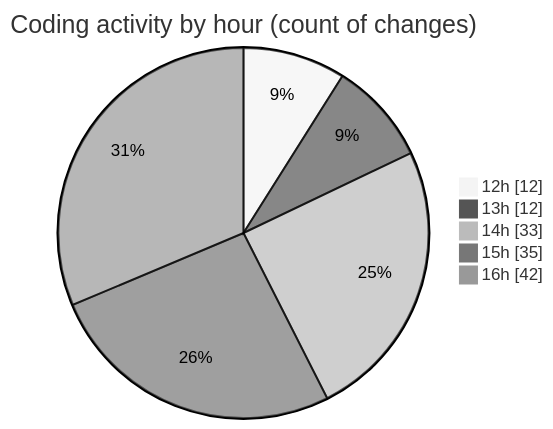
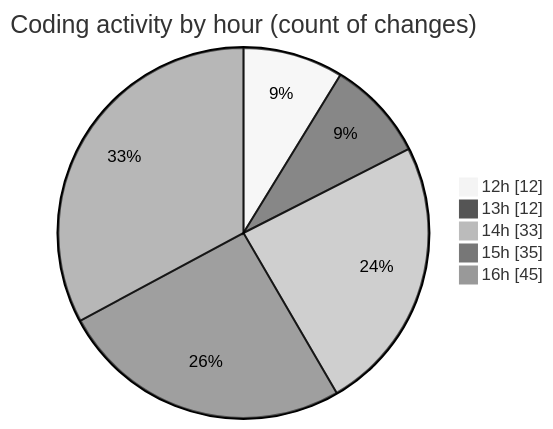
Before and after one commit to momahboobian/code-tracking: the second of 2 diagrams in 2025-09-24/cda/README.md, drawn with Mermaid (neutral theme). The commit also changed other lines of this file and 1 other file, not shown here.

````diff
--- a/2025-09-24/cda/README.md
+++ b/2025-09-24/cda/README.md
@@ -40,9 +40,9 @@
 ```mermaid
 pie showData
 title Coding activity by hour (count of changes)
 "12h" : 12
 "13h" : 12
 "14h" : 33
 "15h" : 35
-"16h" : 42
+"16h" : 45
 ```
````
